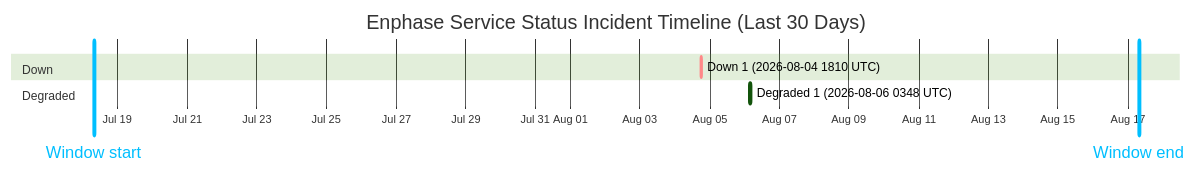
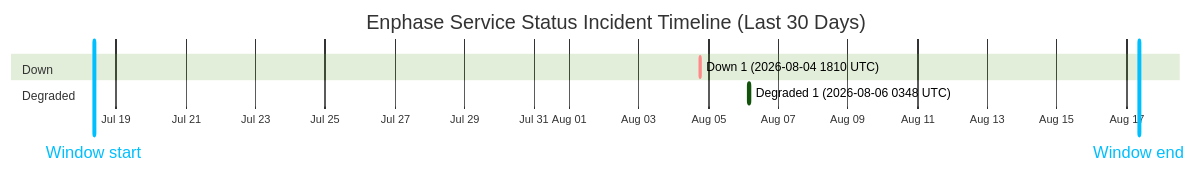
The diagram in wiki/Service-Status-History.md (barneyonline/ha-enphase-energy), drawn with Mermaid (forest theme) before and after one commit. The commit also changed other lines of this file and 3 other files, not shown here.

````diff
--- a/wiki/Service-Status-History.md
+++ b/wiki/Service-Status-History.md
@@ -14,12 +14,12 @@
 ```mermaid
 gantt
     title Enphase Service Status Incident Timeline (Last 30 Days)
     dateFormat  YYYY-MM-DDTHH:mm:ss
     axisFormat  %b %d
-    Window start :vert, window-start, 2026-07-18T07:51:06, 0ms
-    Window end :vert, window-end, 2026-08-17T07:51:06, 0ms
+    Window start :vert, window-start, 2026-07-18T08:40:32, 0ms
+    Window end :vert, window-end, 2026-08-17T08:40:32, 0ms
     section Down
     Down 1 (2026-08-04 1810 UTC) :crit, down-1, 2026-08-04T18:10:46, 60m
     section Degraded
     Degraded 1 (2026-08-06 0348 UTC) :active, degraded-1, 2026-08-06T03:48:14, 60m
 ```
````
